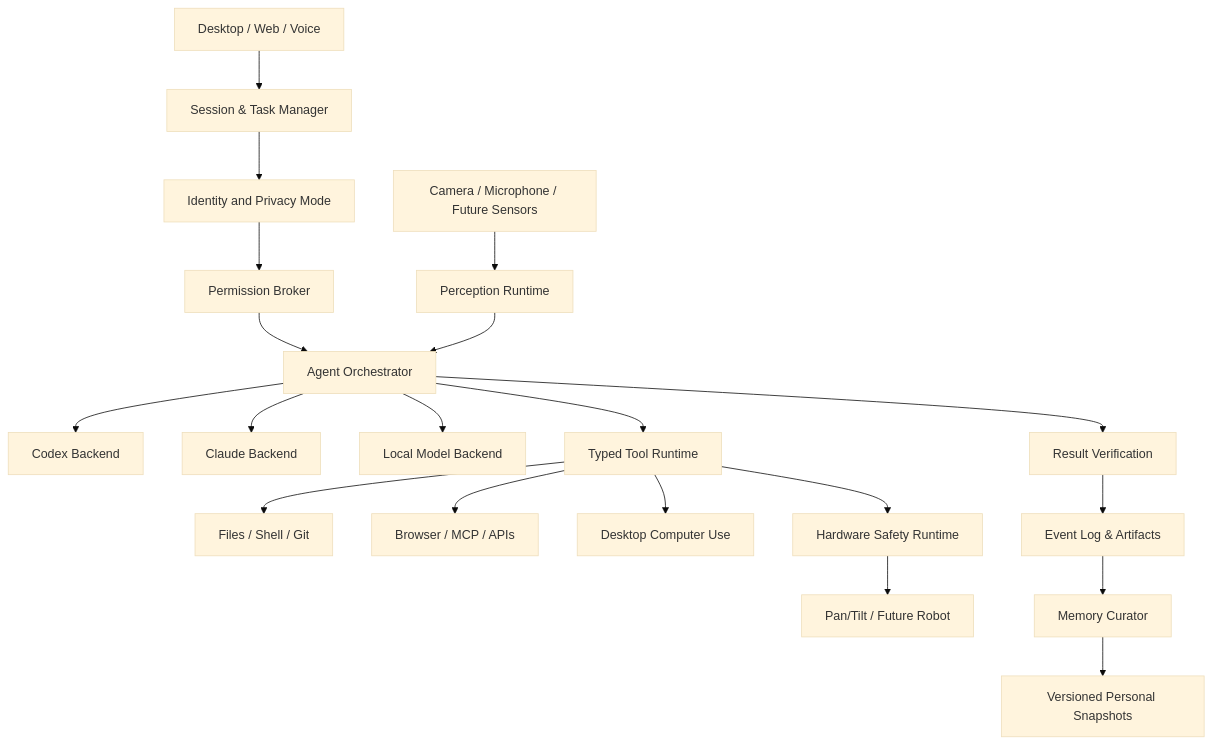
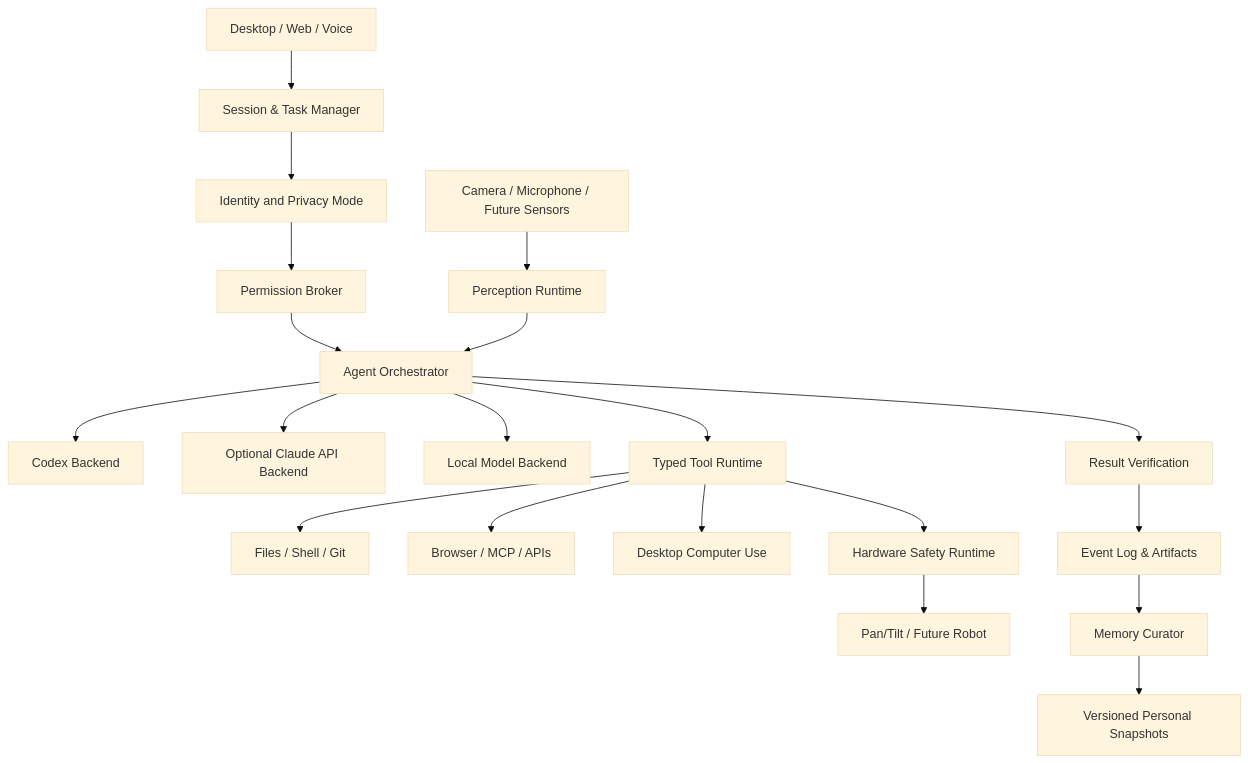
The diagram in README.md (MyFirstProd/PAIStation), drawn with Mermaid (base theme) before and after one commit. The commit also changed other lines of this file, not shown here.

Commit message:
docs: clarify local backend example and optional APIs

````diff
--- a/README.md
+++ b/README.md
@@ -48,26 +48,26 @@
 ```mermaid
 flowchart TD
     UI[Desktop / Web / Voice] --> SESSION[Session & Task Manager]
     SESSION --> MODE[Identity and Privacy Mode]
     MODE --> POLICY[Permission Broker]
     POLICY --> ORCH[Agent Orchestrator]
 
     ORCH --> CODEX[Codex Backend]
-    ORCH --> CLAUDE[Claude Backend]
+    ORCH --> CLAUDE[Optional Claude API Backend]
     ORCH --> LOCAL[Local Model Backend]
     ORCH --> TOOLS[Typed Tool Runtime]
 
     SENSORS[Camera / Microphone / Future Sensors] --> PERCEPTION[Perception Runtime]
     PERCEPTION --> ORCH
 
     TOOLS --> FS[Files / Shell / Git]
     TOOLS --> WEB[Browser / MCP / APIs]
     TOOLS --> PC[Desktop Computer Use]
     TOOLS --> HWSAFE[Hardware Safety Runtime]
     HWSAFE --> BODY[Pan/Tilt / Future Robot]
 
     ORCH --> VERIFY[Result Verification]
     VERIFY --> EVENTS[Event Log & Artifacts]
     EVENTS --> MEMORY[Memory Curator]
     MEMORY --> SNAPSHOTS[Versioned Personal Snapshots]
 ```
````
